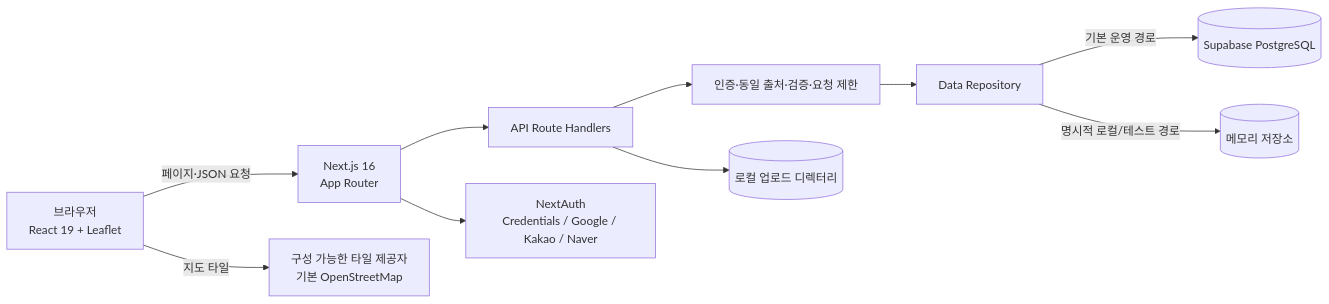
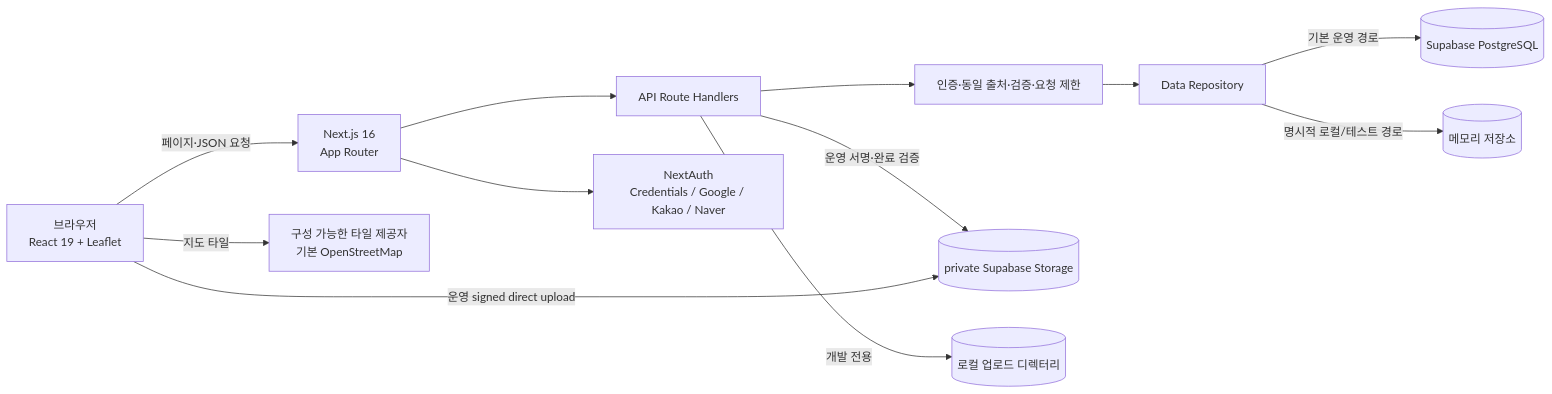
One commit to JakeKang/recycle-map changed the first of 3 diagrams in docs/architecture.md. Above: the diagram before and after it, drawn with Mermaid. The commit also changed other lines of this file and 11 other files, not shown here.

````diff
--- a/docs/architecture.md
+++ b/docs/architecture.md
@@ -9,12 +9,14 @@
 ```mermaid
 flowchart LR
   B[브라우저\nReact 19 + Leaflet] -->|페이지·JSON 요청| N[Next.js 16\nApp Router]
   N --> A[API Route Handlers]
   A --> G[인증·동일 출처·검증·요청 제한]
   G --> R[Data Repository]
   R -->|기본 운영 경로| S[(Supabase PostgreSQL)]
   R -->|명시적 로컬/테스트 경로| M[(메모리 저장소)]
-  A --> F[(로컬 업로드 디렉터리)]
+  A -->|운영 서명·완료 검증| P[(private Supabase Storage)]
+  B -->|운영 signed direct upload| P
+  A -->|개발 전용| F[(로컬 업로드 디렉터리)]
   B -->|지도 타일| T[구성 가능한 타일 제공자\n기본 OpenStreetMap]
   N --> O[NextAuth\nCredentials / Google / Kakao / Naver]
 ```
````
